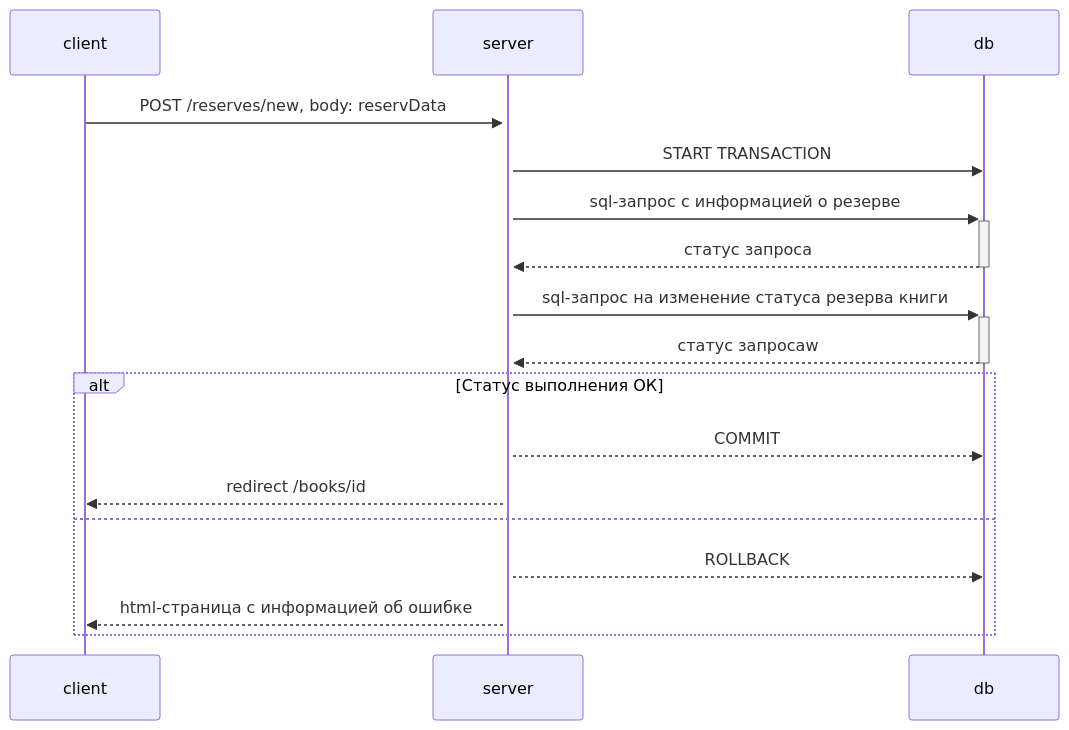
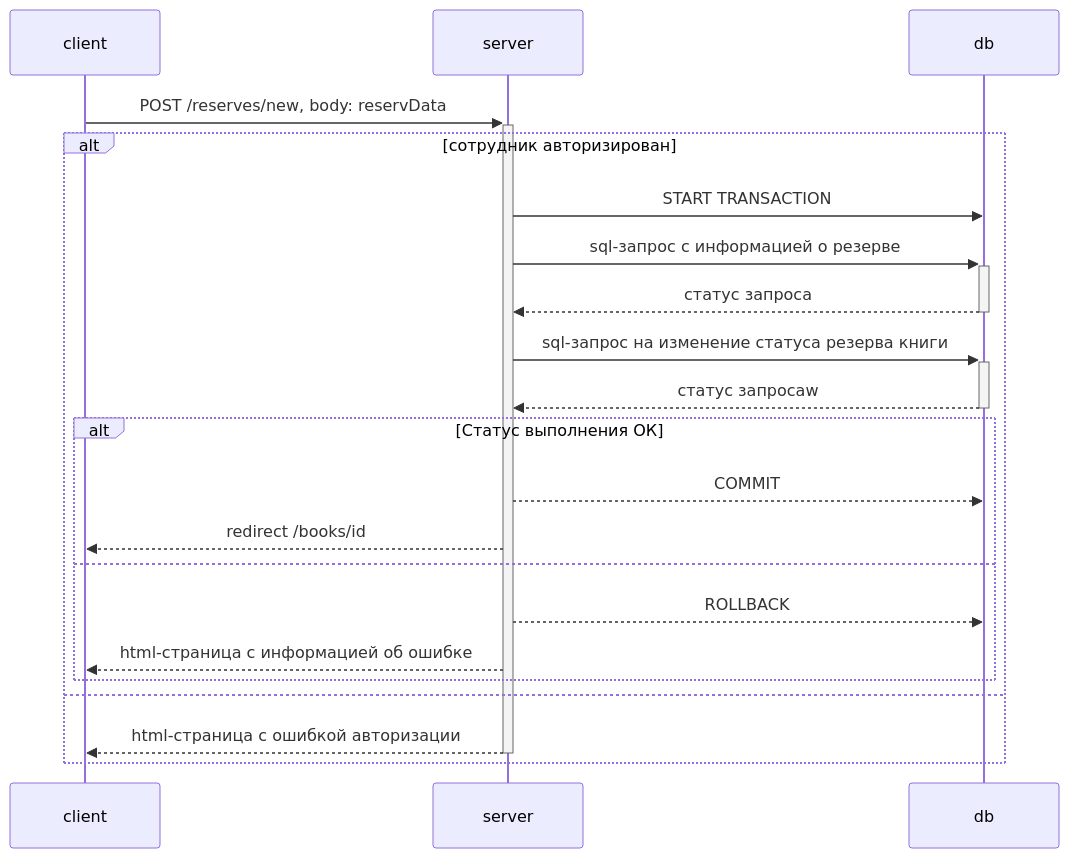
The diagram in documentation/diagrams/sequenceDiagrams/reserves.post.new.md (Ergorium/Web-technology-3c-6s), drawn with Mermaid before and after one commit. The commit also changed 16 other files, not shown here.

````diff
--- a/documentation/diagrams/sequenceDiagrams/reserves.post.new.md
+++ b/documentation/diagrams/sequenceDiagrams/reserves.post.new.md
@@ -3,19 +3,23 @@
 ```mermaid
 sequenceDiagram;
 	participant client
 	participant server
 	participant db
   client->>+server: POST /reserves/new, body: reservData
-  server->>db: START TRANSACTION
-  server->>+db: sql-запрос с информацией о резерве
-  db-->>-server: статус запроса
-  server->>+db: sql-запрос на изменение статуса резерва книги
-  db-->>-server: статус запросаw
-  alt Статус выполнения ОК
-    server-->>db: COMMIT
-    server-->>client: redirect /books/id
+  alt сотрудник авторизирован
+    server->>db: START TRANSACTION
+    server->>+db: sql-запрос с информацией о резерве
+    db-->>-server: статус запроса
+    server->>+db: sql-запрос на изменение статуса резерва книги
+    db-->>-server: статус запросаw
+    alt Статус выполнения ОК
+      server-->>db: COMMIT
+      server-->>client: redirect /books/id
+    else
+      server-->>db: ROLLBACK
+      server-->>client: html-страница с информацией об ошибке
+    end
   else
-    server-->>db: ROLLBACK
-    server-->>client: html-страница с информацией об ошибке
+    server-->>-client: html-страница с ошибкой авторизации
   end
-```
+  ```
````
